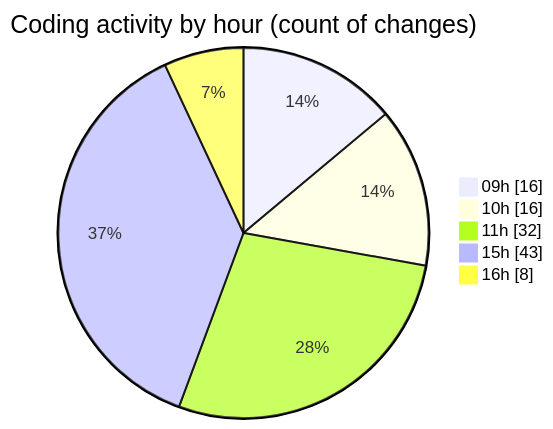
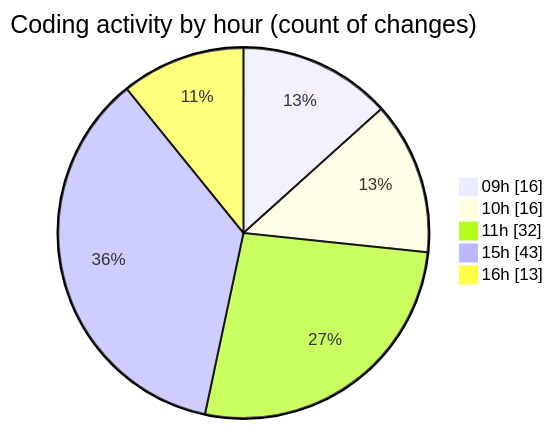
The second of 2 diagrams in 2025-07-04/cda/README.md (momahboobian/code-tracking), drawn with Mermaid before and after one commit. The commit also changed other lines of this file and 1 other file, not shown here.

````diff
--- a/2025-07-04/cda/README.md
+++ b/2025-07-04/cda/README.md
@@ -54,9 +55,9 @@
 ```mermaid
 pie showData
 title Coding activity by hour (count of changes)
 "09h" : 16
 "10h" : 16
 "11h" : 32
 "15h" : 43
-"16h" : 8
+"16h" : 13
 ```
````
